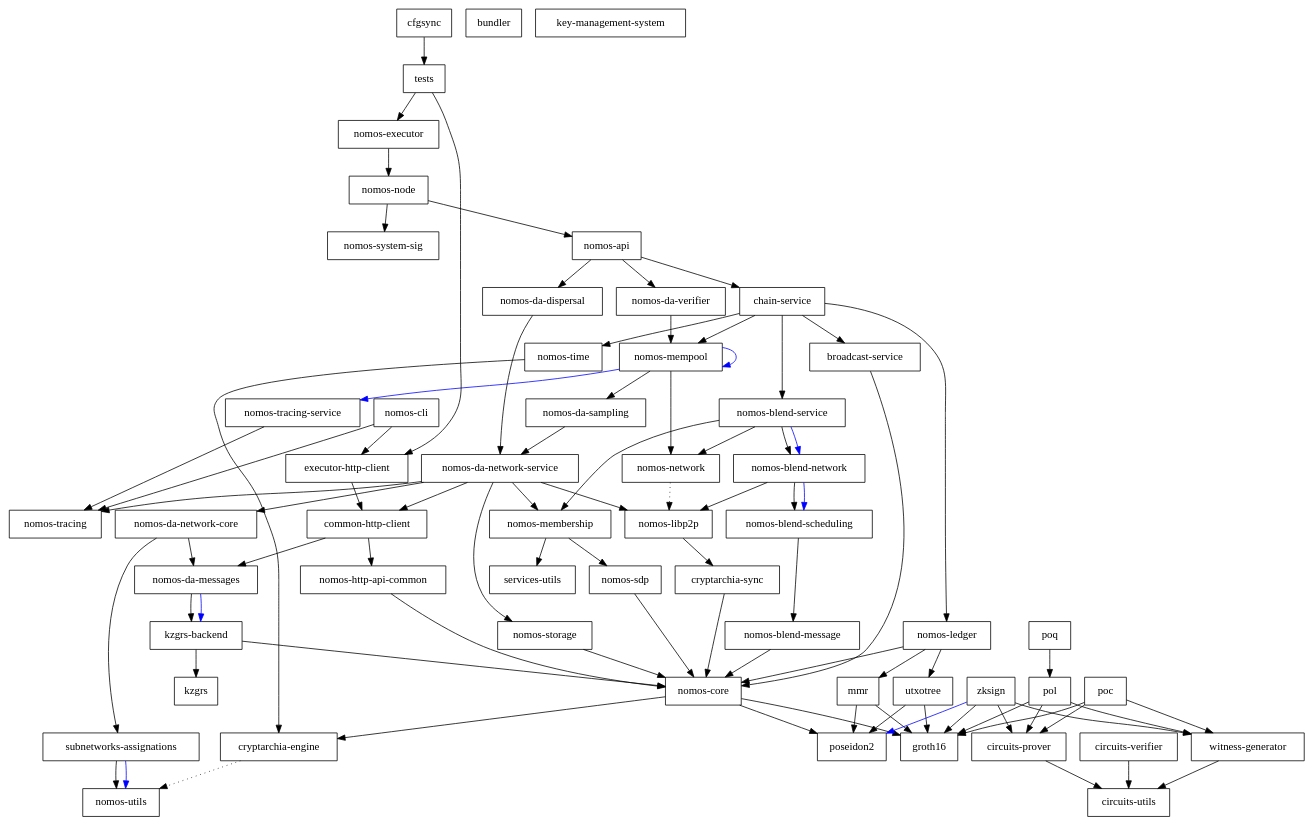
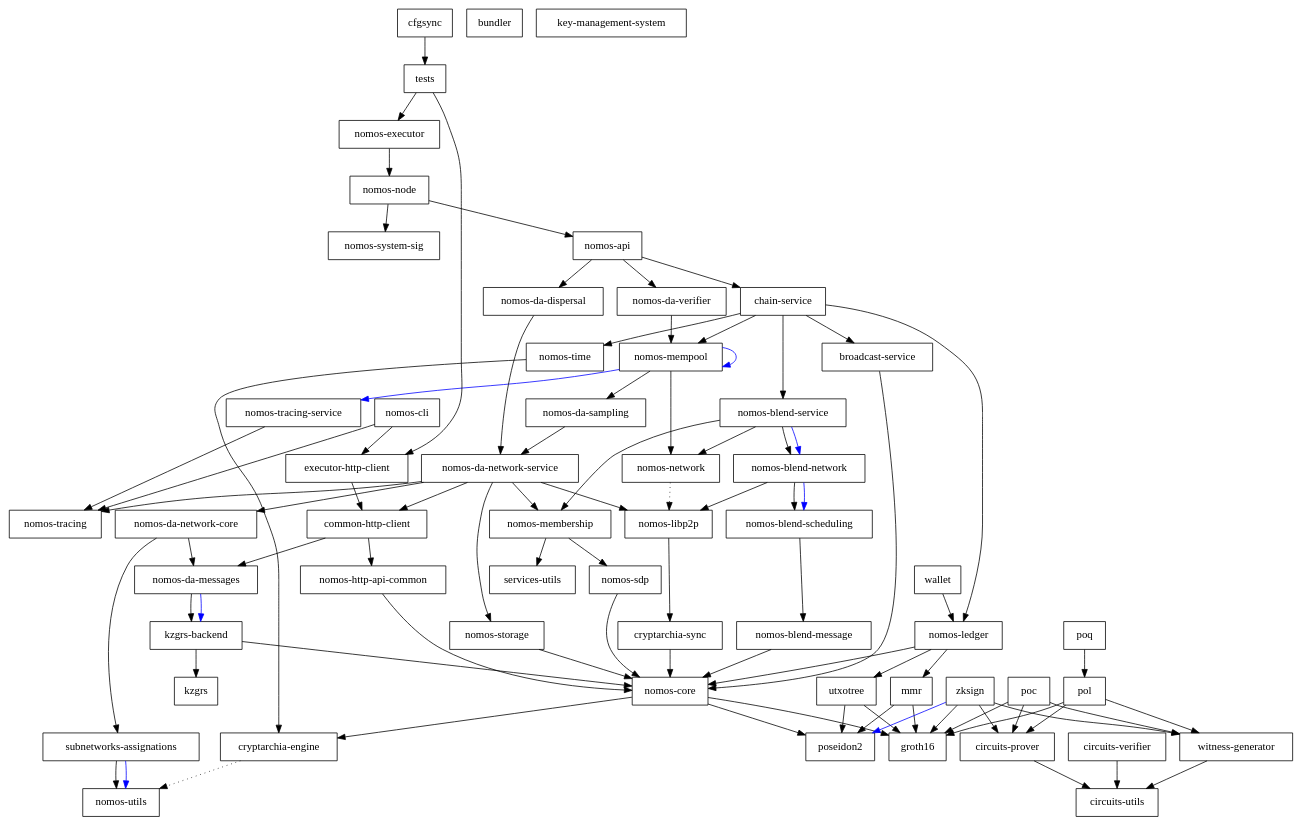
One commit to Astro521/logos-blockchain changed the diagram in dependencies_graph.dot. Above: the diagram before and after it, drawn with Graphviz. The commit also changed 5 other files, not shown here.

```diff
--- a/dependencies_graph.dot
+++ b/dependencies_graph.dot
@@ -1,141 +1,143 @@
 digraph {
     0 [ label = "cryptarchia-engine" shape = box]
     1 [ label = "nomos-utils" shape = box]
     2 [ label = "cryptarchia-sync" shape = box]
     3 [ label = "nomos-core" shape = box]
     4 [ label = "groth16" shape = box]
     5 [ label = "poseidon2" shape = box]
     6 [ label = "nomos-ledger" shape = box]
     7 [ label = "mmr" shape = box]
     8 [ label = "utxotree" shape = box]
     9 [ label = "nomos-http-api-common" shape = box]
     10 [ label = "nomos-executor" shape = box]
     11 [ label = "broadcast-service" shape = box]
     12 [ label = "kzgrs-backend" shape = box]
     13 [ label = "kzgrs" shape = box]
     14 [ label = "nomos-api" shape = box]
     15 [ label = "chain-service" shape = box]
     16 [ label = "nomos-blend-service" shape = box]
     17 [ label = "nomos-blend-message" shape = box]
     18 [ label = "nomos-blend-network" shape = box]
     19 [ label = "nomos-blend-scheduling" shape = box]
     20 [ label = "nomos-libp2p" shape = box]
     21 [ label = "nomos-membership" shape = box]
     22 [ label = "nomos-sdp" shape = box]
     23 [ label = "services-utils" shape = box]
     24 [ label = "nomos-network" shape = box]
     25 [ label = "nomos-da-sampling" shape = box]
     26 [ label = "nomos-da-network-core" shape = box]
     27 [ label = "nomos-da-messages" shape = box]
     28 [ label = "subnetworks-assignations" shape = box]
     29 [ label = "nomos-da-network-service" shape = box]
     30 [ label = "common-http-client" shape = box]
     31 [ label = "nomos-storage" shape = box]
     32 [ label = "nomos-tracing" shape = box]
     33 [ label = "nomos-mempool" shape = box]
     34 [ label = "nomos-tracing-service" shape = box]
     35 [ label = "nomos-time" shape = box]
     36 [ label = "nomos-da-dispersal" shape = box]
     37 [ label = "nomos-da-verifier" shape = box]
     38 [ label = "nomos-node" shape = box]
     39 [ label = "nomos-system-sig" shape = box]
     40 [ label = "executor-http-client" shape = box]
     41 [ label = "bundler" shape = box]
     42 [ label = "nomos-cli" shape = box]
     43 [ label = "key-management-system" shape = box]
     44 [ label = "cfgsync" shape = box]
     45 [ label = "tests" shape = box]
-    46 [ label = "circuits-prover" shape = box]
-    47 [ label = "circuits-utils" shape = box]
-    48 [ label = "circuits-verifier" shape = box]
-    49 [ label = "witness-generator" shape = box]
-    50 [ label = "poc" shape = box]
-    51 [ label = "pol" shape = box]
-    52 [ label = "poq" shape = box]
-    53 [ label = "zksign" shape = box]
+    46 [ label = "wallet" shape = box]
+    47 [ label = "circuits-prover" shape = box]
+    48 [ label = "circuits-utils" shape = box]
+    49 [ label = "circuits-verifier" shape = box]
+    50 [ label = "witness-generator" shape = box]
+    51 [ label = "poc" shape = box]
+    52 [ label = "pol" shape = box]
+    53 [ label = "poq" shape = box]
+    54 [ label = "zksign" shape = box]
     0 -> 1 [ style = dotted]
     2 -> 3 [ ]
     3 -> 0 [ ]
     3 -> 4 [ ]
     3 -> 5 [ ]
     6 -> 7 [ ]
     6 -> 3 [ ]
     6 -> 8 [ ]
     7 -> 4 [ ]
     7 -> 5 [ ]
     8 -> 4 [ ]
     8 -> 5 [ ]
     9 -> 3 [ ]
     10 -> 38 [ ]
     11 -> 3 [ ]
     12 -> 13 [ ]
     12 -> 3 [ ]
     14 -> 15 [ ]
     14 -> 36 [ ]
     14 -> 37 [ ]
     15 -> 11 [ ]
     15 -> 16 [ ]
     15 -> 6 [ ]
     15 -> 33 [ ]
     15 -> 35 [ ]
     16 -> 18 [ ]
     16 -> 18 [ color = blue]
     16 -> 21 [ ]
     16 -> 24 [ ]
     17 -> 3 [ ]
     18 -> 19 [ ]
     18 -> 19 [ color = blue]
     18 -> 20 [ ]
     19 -> 17 [ ]
     20 -> 2 [ ]
     21 -> 22 [ ]
     21 -> 23 [ ]
     22 -> 3 [ ]
     24 -> 20 [ style = dotted]
     25 -> 29 [ ]
     26 -> 27 [ ]
     26 -> 28 [ ]
     27 -> 12 [ ]
     27 -> 12 [ color = blue]
     28 -> 1 [ ]
     28 -> 1 [ color = blue]
     29 -> 30 [ ]
     29 -> 26 [ ]
     29 -> 20 [ ]
     29 -> 21 [ ]
     29 -> 31 [ ]
     29 -> 32 [ ]
     30 -> 27 [ ]
     30 -> 9 [ ]
     31 -> 3 [ ]
     33 -> 25 [ ]
     33 -> 33 [ color = blue]
     33 -> 24 [ ]
     33 -> 34 [ color = blue]
     34 -> 32 [ ]
     35 -> 0 [ ]
     36 -> 29 [ ]
     37 -> 33 [ ]
     38 -> 14 [ ]
     38 -> 39 [ ]
     40 -> 30 [ ]
     42 -> 40 [ ]
     42 -> 32 [ ]
     44 -> 45 [ ]
     45 -> 40 [ ]
     45 -> 10 [ ]
-    46 -> 47 [ ]
-    48 -> 47 [ ]
-    49 -> 47 [ ]
-    50 -> 46 [ ]
-    50 -> 4 [ ]
-    50 -> 49 [ ]
-    51 -> 46 [ ]
+    46 -> 6 [ ]
+    47 -> 48 [ ]
+    49 -> 48 [ ]
+    50 -> 48 [ ]
+    51 -> 47 [ ]
     51 -> 4 [ ]
-    51 -> 49 [ ]
-    52 -> 51 [ ]
-    53 -> 46 [ ]
-    53 -> 4 [ ]
-    53 -> 5 [ color = blue]
-    53 -> 49 [ ]
+    51 -> 50 [ ]
+    52 -> 47 [ ]
+    52 -> 4 [ ]
+    52 -> 50 [ ]
+    53 -> 52 [ ]
+    54 -> 47 [ ]
+    54 -> 4 [ ]
+    54 -> 5 [ color = blue]
+    54 -> 50 [ ]
 }
```
